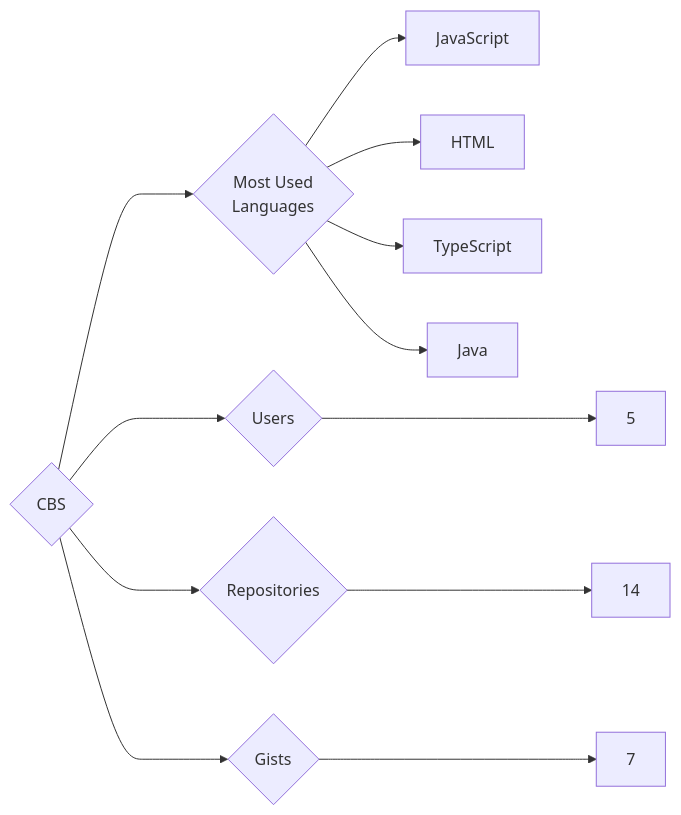
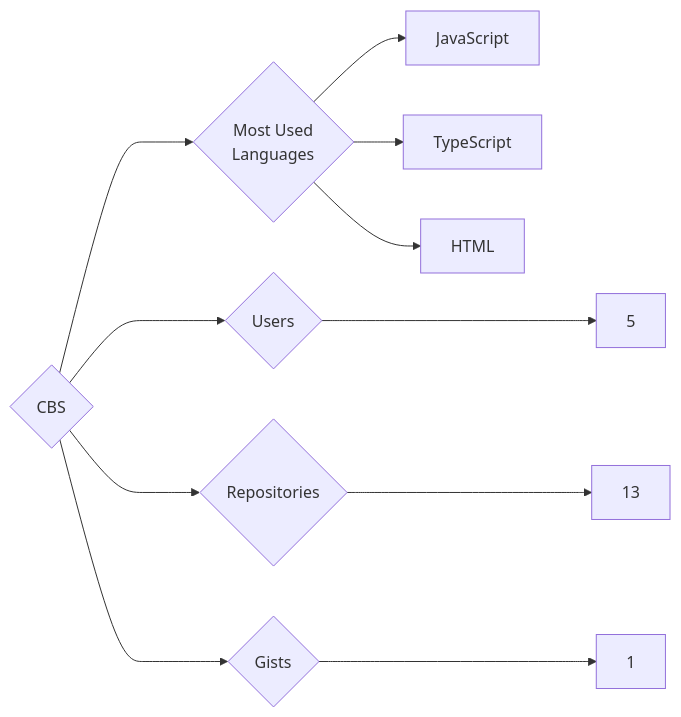
Before and after one commit to trickest/insiders: the diagram in targets/CBS/README.md, drawn with Mermaid. The commit also changed 1030 other files, not shown here.

````diff
--- a/targets/CBS/README.md
+++ b/targets/CBS/README.md
@@ -3,12 +3,11 @@
 ```mermaid
 graph LR
 COMPANY_NAME{CBS}
 COMPANY_NAME ---> U{Users} ---> UN[5]
-COMPANY_NAME ---> R{Repositories} ---> RN[14]
-COMPANY_NAME ---> G{Gists} ---> GN[7]
+COMPANY_NAME ---> R{Repositories} ---> RN[13]
+COMPANY_NAME ---> G{Gists} ---> GN[1]
 COMPANY_NAME ---> ML{Most Used<br>Languages}
 ML --> JavaScript[JavaScript]
+ML --> TypeScript[TypeScript]
 ML --> HTML[HTML]
-ML --> TypeScript[TypeScript]
-ML --> Java[Java]
 ```
````
